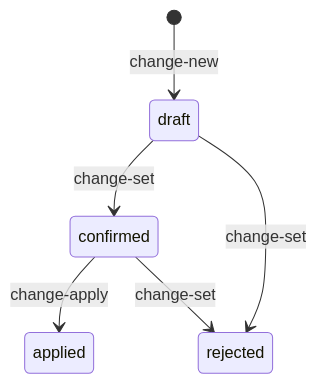
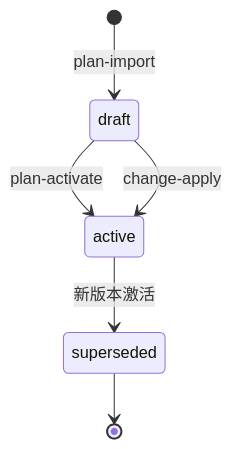
One commit to gagmandev/DevFlow changed the seventh of 10 diagrams in architecture-review/03-lifecycle-and-state-machines.md. Above: the diagram before and after it, drawn with Mermaid. The commit also changed other lines of this file and 9 other files, not shown here.

````diff
--- a/architecture-review/03-lifecycle-and-state-machines.md
+++ b/architecture-review/03-lifecycle-and-state-machines.md
@@ -155,8 +216,8 @@
 ```mermaid
 stateDiagram-v2
-  [*] --> draft: change-new
-  draft --> confirmed: change-set
-  confirmed --> applied: change-apply
-  confirmed --> rejected: change-set
-  draft --> rejected: change-set
+  [*] --> draft: plan-import
+  draft --> active: plan-activate
+  draft --> active: change-apply
+  active --> superseded: 新版本激活
+  superseded --> [*]
 ```
````
